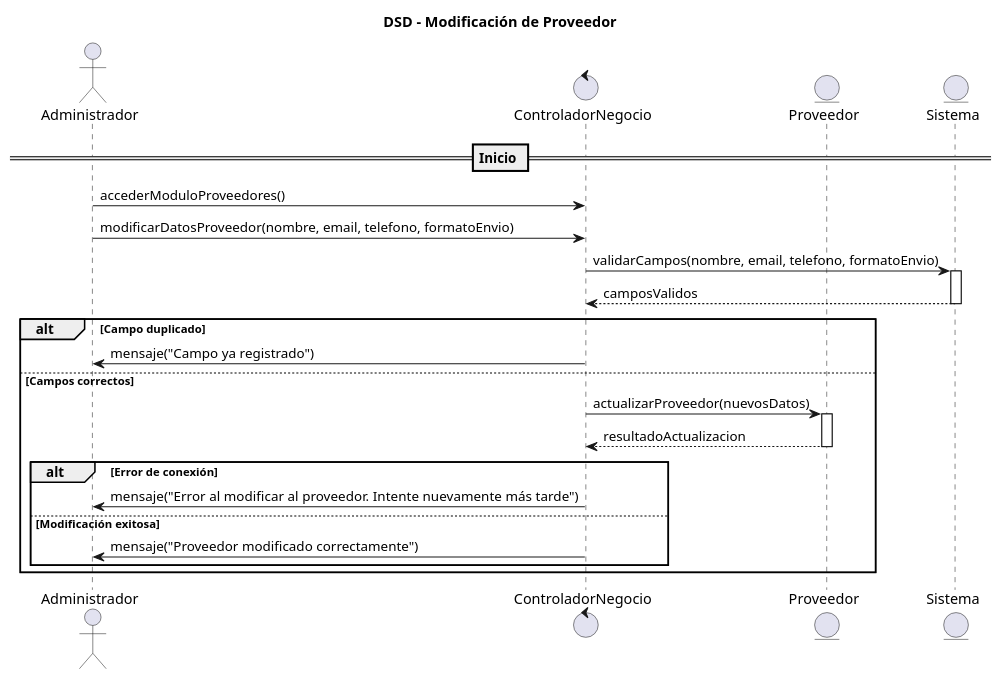
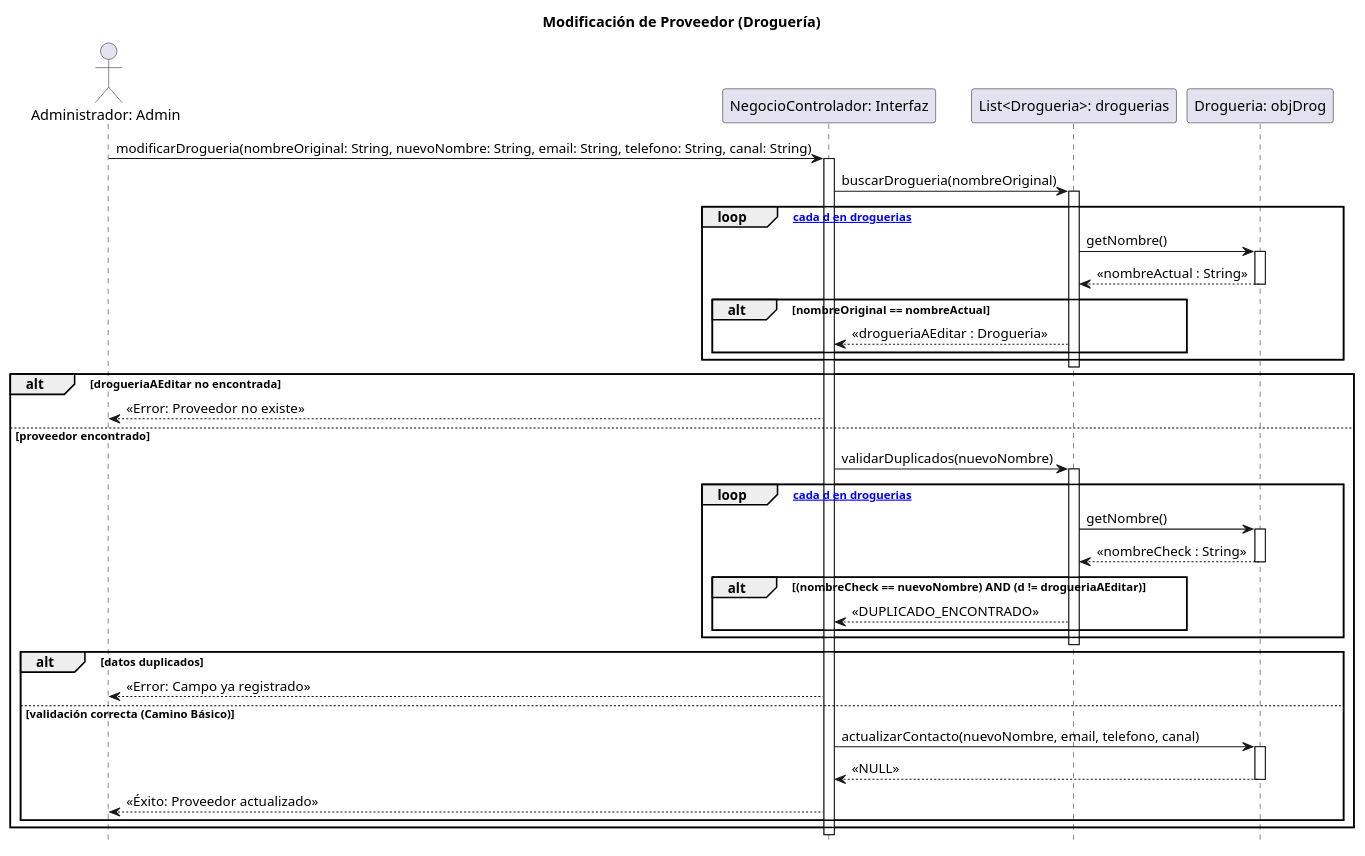
The diagram in 08 - Diagramas de Secuencia de Diseño/ModificacionProveedor/DSD-ModificacionProveedor.wsd (zEzequR/PF-I), drawn with PlantUML before and after one commit. The commit also changed 1 other file, not shown here.

```diff
--- a/08 - Diagramas de Secuencia de Diseño/ModificacionProveedor/DSD-ModificacionProveedor.wsd
+++ b/08 - Diagramas de Secuencia de Diseño/ModificacionProveedor/DSD-ModificacionProveedor.wsd
@@ -1,36 +1,66 @@
 @startuml
-title DSD - Modificación de Proveedor
+title Modificación de Proveedor (Droguería)
 
-actor Administrador
-control ControladorNegocio
-entity Proveedor
-entity Sistema
+hide footbox
 
-== Inicio ==
+actor "Administrador: Admin" as admin
+participant "NegocioControlador: Interfaz" as NegCtrl
+participant "List<Drogueria>: droguerias" as listaDrogs
+participant "Drogueria: objDrog" as drog
 
-Administrador -> ControladorNegocio: accederModuloProveedores()
+admin -> NegCtrl : modificarDrogueria(nombreOriginal: String, nuevoNombre: String, email: String, telefono: String, canal: String)
+activate NegCtrl
 
-Administrador -> ControladorNegocio: modificarDatosProveedor(nombre, email, telefono, formatoEnvio)
+    NegCtrl -> listaDrogs : buscarDrogueria(nombreOriginal)
+    activate listaDrogs
+    
+    loop [para cada d en droguerias]
+        listaDrogs -> drog : getNombre() 
+        activate drog
+        drog --> listaDrogs : << nombreActual : String >>
+        deactivate drog
+        
+        alt nombreOriginal == nombreActual
+            listaDrogs --> NegCtrl : << drogueriaAEditar : Drogueria >>
+        end
+    end
+    deactivate listaDrogs
 
-ControladorNegocio -> Sistema: validarCampos(nombre, email, telefono, formatoEnvio)
-activate Sistema
-Sistema --> ControladorNegocio: camposValidos
-deactivate Sistema
+    alt drogueriaAEditar no encontrada
+        NegCtrl --> admin : << Error: Proveedor no existe >>
+    else proveedor encontrado
+    
 
-alt Campo duplicado
-    ControladorNegocio -> Administrador: mensaje("Campo ya registrado")
-else Campos correctos
+        NegCtrl -> listaDrogs : validarDuplicados(nuevoNombre)
+        activate listaDrogs
+        
+        loop [para cada d en droguerias]
+            listaDrogs -> drog : getNombre()
+            activate drog
+            drog --> listaDrogs : << nombreCheck : String >>
+            deactivate drog
 
-    ControladorNegocio -> Proveedor: actualizarProveedor(nuevosDatos)
-    activate Proveedor
-    Proveedor --> ControladorNegocio: resultadoActualizacion
-    deactivate Proveedor
+            alt (nombreCheck == nuevoNombre) AND (d != drogueriaAEditar)
+                 listaDrogs --> NegCtrl : << DUPLICADO_ENCONTRADO >>
+            end
+        end
+        deactivate listaDrogs
 
-    alt Error de conexión
-        ControladorNegocio -> Administrador: mensaje("Error al modificar al proveedor. Intente nuevamente más tarde")
-    else Modificación exitosa
-        ControladorNegocio -> Administrador: mensaje("Proveedor modificado correctamente")
+        alt datos duplicados
+            NegCtrl --> admin : << Error: Campo ya registrado >>
+        
+        else validación correcta (Camino Básico)
+            
+            NegCtrl -> drog : actualizarContacto(nuevoNombre, email, telefono, canal)
+            activate drog
+            
+            drog --> NegCtrl : << NULL >>
+            deactivate drog
+
+            NegCtrl --> admin : << Éxito: Proveedor actualizado >>
+            
+        end
     end
-end
 
+deactivate NegCtrl
 @enduml
```
